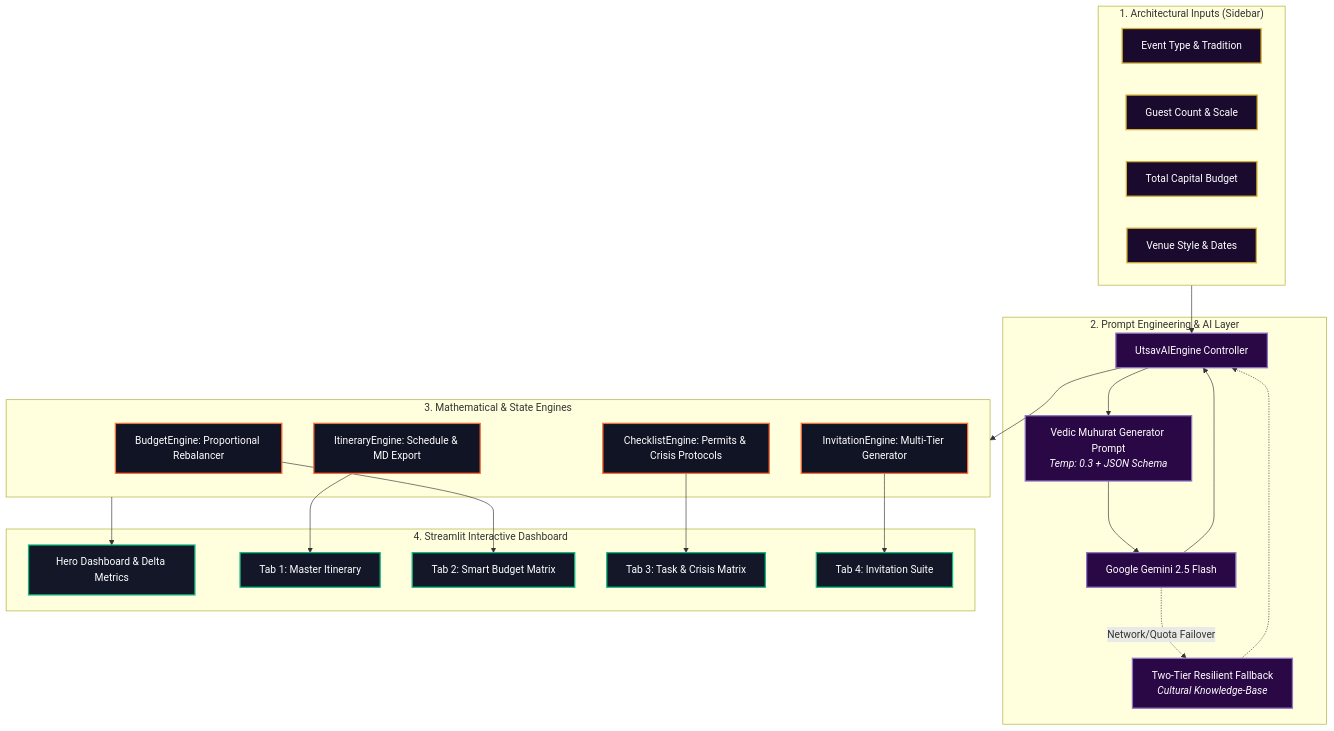
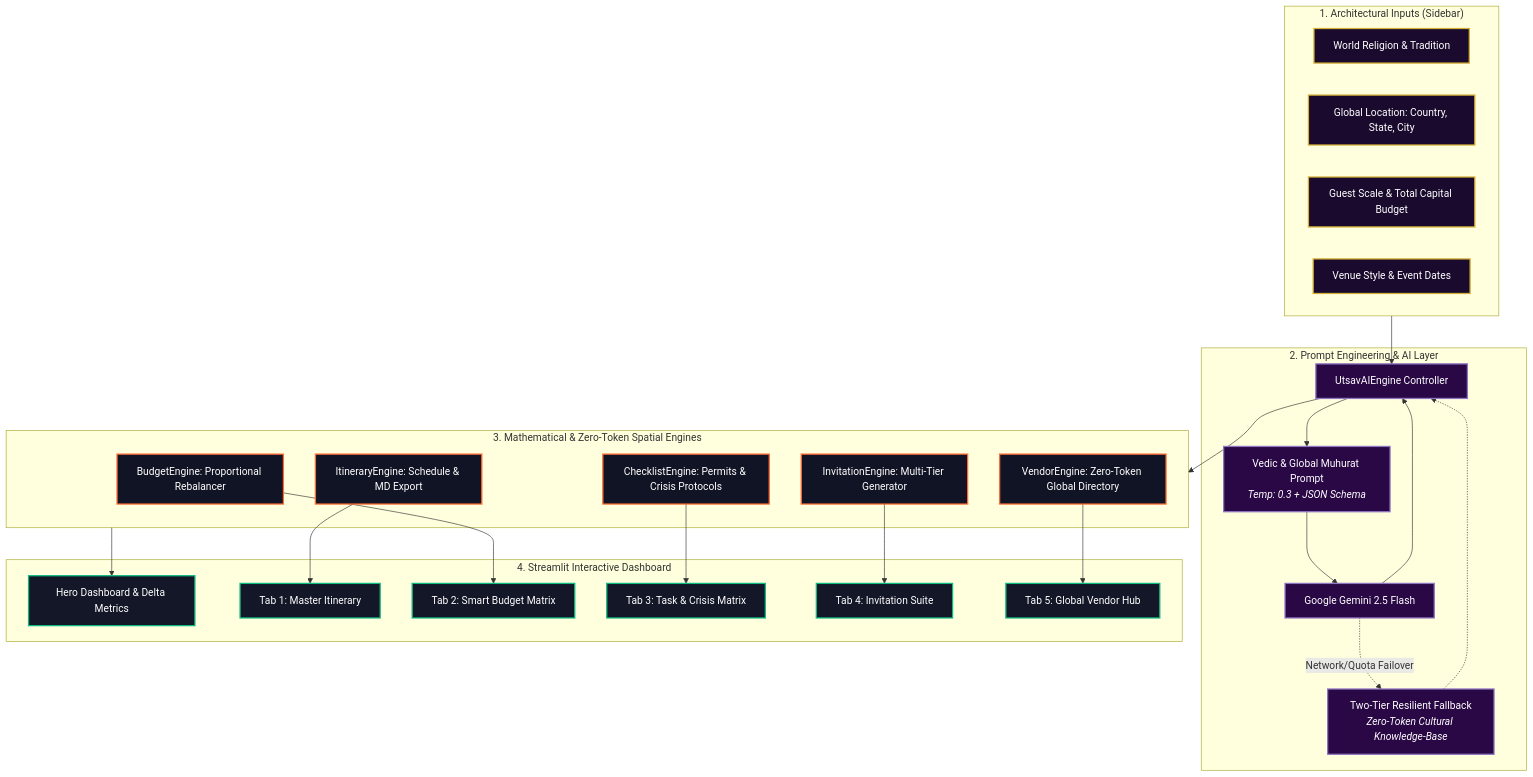
Before and after one commit to Tirth3929v/utsavai: the first of 3 diagrams in README.md, drawn with Mermaid. The commit also changed other lines of this file and 12 other files, not shown here.

Commit message:
feat(global): add multi-religious traditions, zero-token global vendor directory, and Tab 5 direct owner hub

````diff
--- a/README.md
+++ b/README.md
@@ -118,48 +133,51 @@
 ```mermaid
 flowchart TD
     %% Styling
     classDef inputStyle fill:#1A0B2E,stroke:#D4AF37,stroke-width:2px,color:#FFF;
     classDef aiStyle fill:#2A0845,stroke:#8E75C2,stroke-width:2px,color:#FFF;
     classDef mathStyle fill:#111424,stroke:#FF6B35,stroke-width:2px,color:#FFF;
     classDef uiStyle fill:#131728,stroke:#10B981,stroke-width:2px,color:#FFF;
 
     subgraph HostInput["1. Architectural Inputs (Sidebar)"]
-        A[Event Type & Tradition]:::inputStyle
-        B[Guest Count & Scale]:::inputStyle
-        C[Total Capital Budget]:::inputStyle
-        D[Venue Style & Dates]:::inputStyle
+        A[World Religion & Tradition]:::inputStyle
+        B[Global Location: Country, State, City]:::inputStyle
+        C[Guest Scale & Total Capital Budget]:::inputStyle
+        D[Venue Style & Event Dates]:::inputStyle
     end
 
     subgraph Orchestration["2. Prompt Engineering & AI Layer"]
         E[UtsavAIEngine Controller]:::aiStyle
-        F[Vedic Muhurat Generator Prompt<br/><i>Temp: 0.3 + JSON Schema</i>]:::aiStyle
+        F[Vedic & Global Muhurat Prompt<br/><i>Temp: 0.3 + JSON Schema</i>]:::aiStyle
         G[Google Gemini 2.5 Flash]:::aiStyle
-        H[Two-Tier Resilient Fallback<br/><i>Cultural Knowledge-Base</i>]:::aiStyle
+        H[Two-Tier Resilient Fallback<br/><i>Zero-Token Cultural Knowledge-Base</i>]:::aiStyle
     end
 
-    subgraph DeterministicEngines["3. Mathematical & State Engines"]
+    subgraph DeterministicEngines["3. Mathematical & Zero-Token Spatial Engines"]
         I[BudgetEngine: Proportional Rebalancer]:::mathStyle
         J[ItineraryEngine: Schedule & MD Export]:::mathStyle
         K[ChecklistEngine: Permits & Crisis Protocols]:::mathStyle
         L[InvitationEngine: Multi-Tier Generator]:::mathStyle
+        M_Vendor[VendorEngine: Zero-Token Global Directory]:::mathStyle
     end
 
     subgraph DashboardUI["4. Streamlit Interactive Dashboard"]
         M[Hero Dashboard & Delta Metrics]:::uiStyle
         N[Tab 1: Master Itinerary]:::uiStyle
         O[Tab 2: Smart Budget Matrix]:::uiStyle
         P[Tab 3: Task & Crisis Matrix]:::uiStyle
         Q[Tab 4: Invitation Suite]:::uiStyle
+        R[Tab 5: Global Vendor Hub]:::uiStyle
     end
 
     HostInput --> E
     E --> F --> G --> E
     G -.->|Network/Quota Failover| H -.-> E
     E --> DeterministicEngines
 
     I --> O
     J --> N
     K --> P
     L --> Q
+    M_Vendor --> R
     DeterministicEngines --> M
 ```
````
